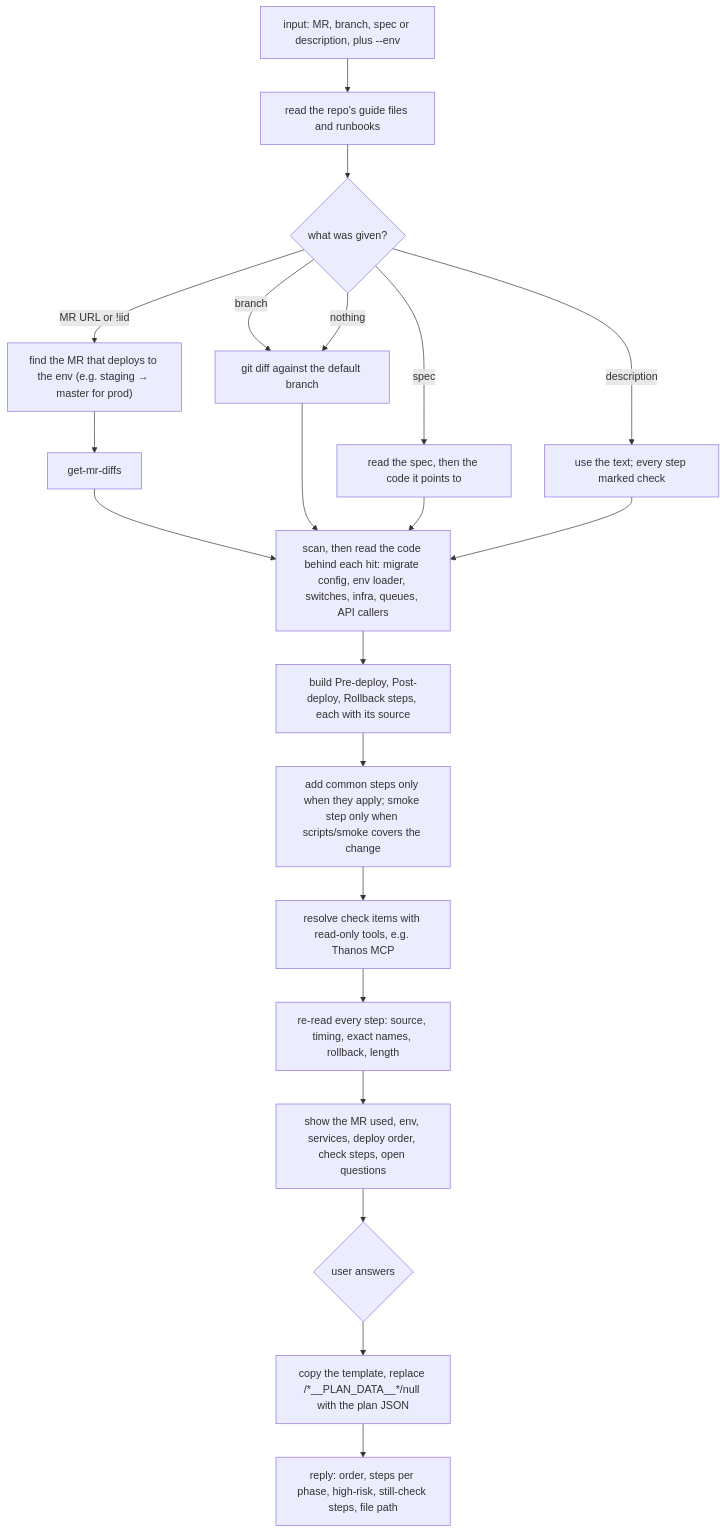
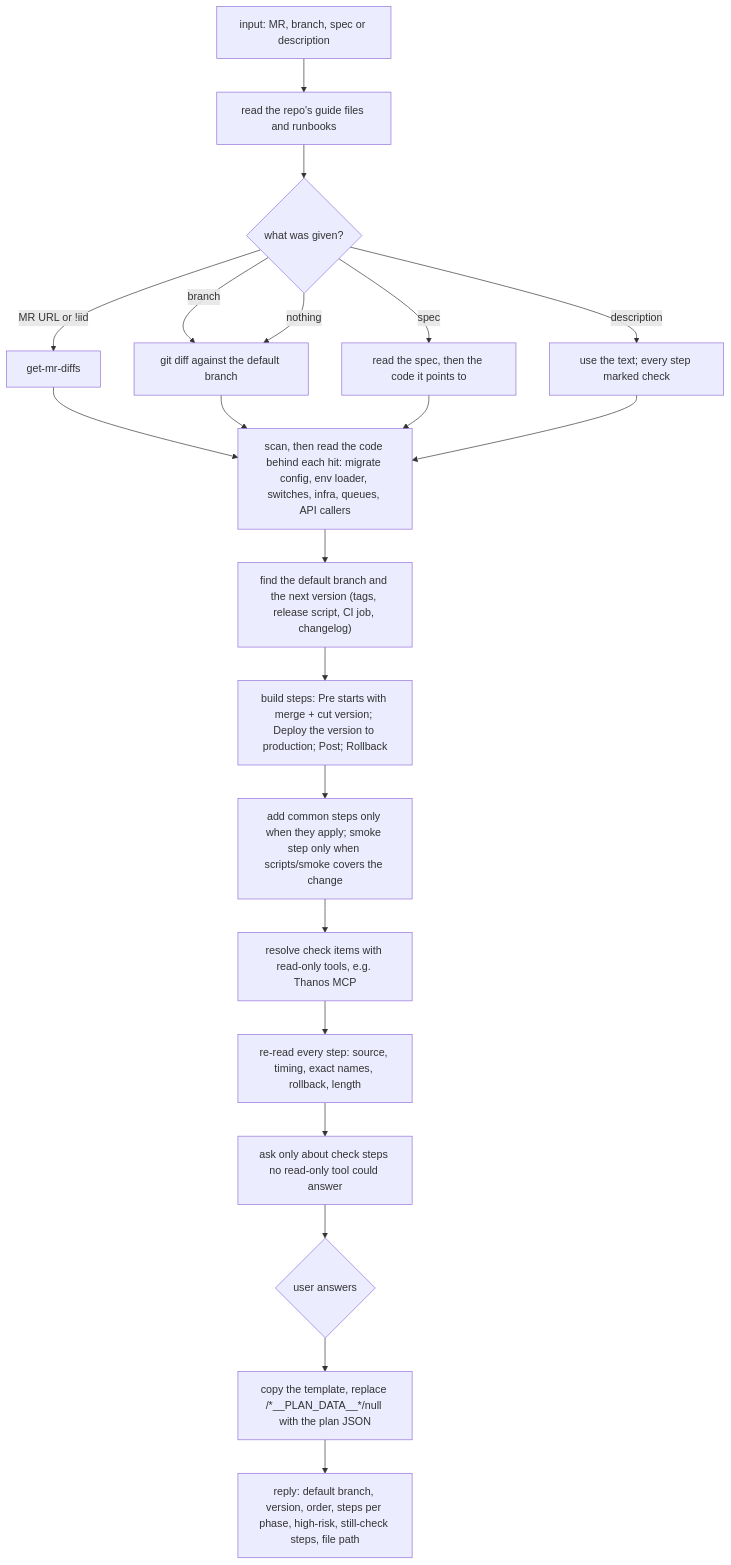
The first of 2 diagrams in plugins/naphatwx-tools/skills/deploy-plan/README.md (naphatwx/naphatwx-tools), drawn with Mermaid before and after one commit. The commit also changed other lines of this file and 8 other files, not shown here.

First line of the commit message:
feat(deploy-plan): always plan merge to default branch, cut version, deploy to production

````diff
--- a/plugins/naphatwx-tools/skills/deploy-plan/README.md
+++ b/plugins/naphatwx-tools/skills/deploy-plan/README.md
@@ -24,23 +26,23 @@
 ```mermaid
 graph TD
-    IN[input: MR, branch, spec or description, plus --env] --> G[read the repo's guide files and runbooks]
+    IN[input: MR, branch, spec or description] --> G[read the repo's guide files and runbooks]
     G --> C{what was given?}
-    C -->|MR URL or !iid| F["find the MR that deploys to the env (e.g. staging → master for prod)"]
-    F --> M[get-mr-diffs]
+    C -->|MR URL or !iid| M[get-mr-diffs]
     C -->|branch| B["git diff against the default branch"]
     C -->|spec| S[read the spec, then the code it points to]
     C -->|description| D[use the text; every step marked check]
     C -->|nothing| B
     M --> SC
     B --> SC
     S --> SC
     D --> SC
-    SC[scan, then read the code behind each hit: migrate config, env loader, switches, infra, queues, API callers] --> ST[build Pre-deploy, Post-deploy, Rollback steps, each with its source]
+    SC[scan, then read the code behind each hit: migrate config, env loader, switches, infra, queues, API callers] --> V["find the default branch and the next version (tags, release script, CI job, changelog)"]
+    V --> ST["build steps: Pre starts with merge + cut version; Deploy the version to production; Post; Rollback"]
     ST --> AL[add common steps only when they apply; smoke step only when scripts/smoke covers the change]
     AL --> RT[resolve check items with read-only tools, e.g. Thanos MCP]
     RT --> RR[re-read every step: source, timing, exact names, rollback, length]
-    RR --> Q[show the MR used, env, services, deploy order, check steps, open questions]
+    RR --> Q[ask only about check steps no read-only tool could answer]
     Q --> W{user answers}
     W --> H["copy the template, replace /*__PLAN_DATA__*/null with the plan JSON"]
-    H --> R[reply: order, steps per phase, high-risk, still-check steps, file path]
+    H --> R[reply: default branch, version, order, steps per phase, high-risk, still-check steps, file path]
 ```
````
